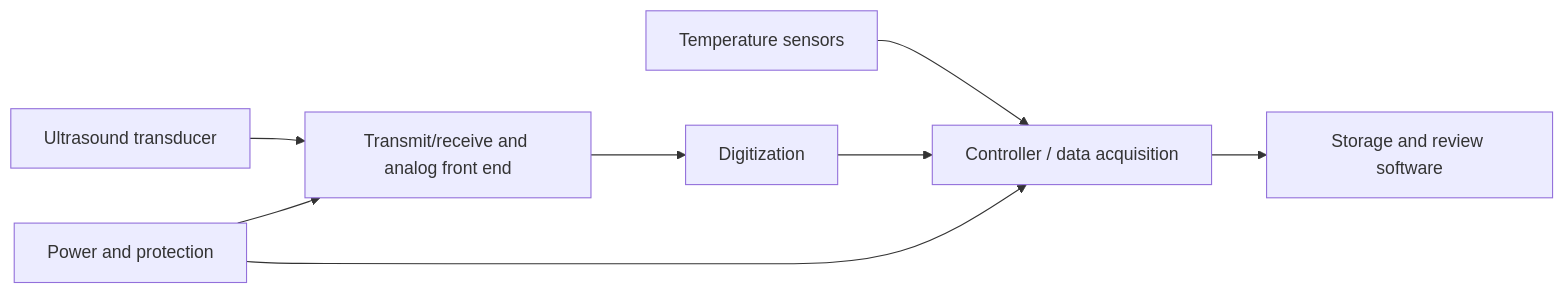
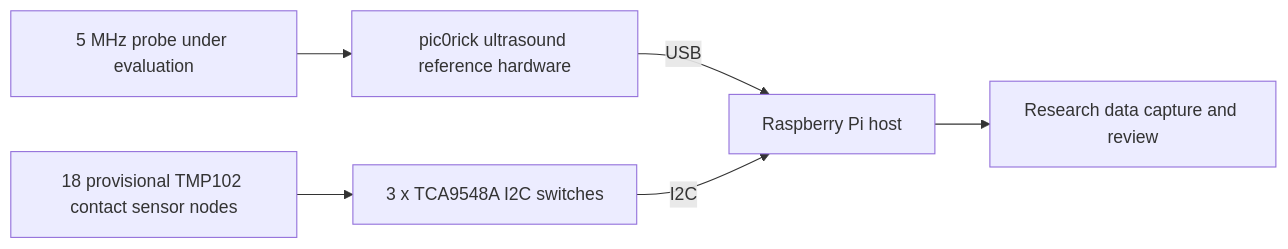
The diagram in electronics/README.md (dennis-kachila/mammary-protect), drawn with Mermaid before and after one commit. The commit also changed other lines of this file and 19 other files, not shown here.

Commit message:
Add KiCad temperature sensor hub and node schematics

````diff
--- a/electronics/README.md
+++ b/electronics/README.md
@@ -5,10 +7,8 @@
 ```mermaid
 flowchart LR
-    U[Ultrasound transducer] --> A[Transmit/receive and analog front end]
-    A --> D[Digitization]
-    T[Temperature sensors] --> C[Controller / data acquisition]
-    D --> C
-    C --> S[Storage and review software]
-    P[Power and protection] --> A
-    P --> C
+    P[5 MHz probe under evaluation] --> U[pic0rick ultrasound reference hardware]
+    U -->|USB| H[Raspberry Pi host]
+    T[18 provisional TMP102 contact sensor nodes] --> M[3 x TCA9548A I2C switches]
+    M -->|I2C| H
+    H --> S[Research data capture and review]
 ```
````
